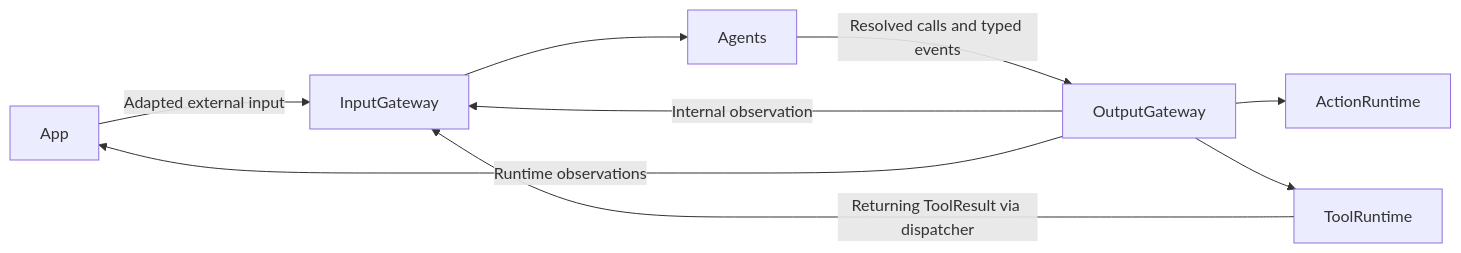
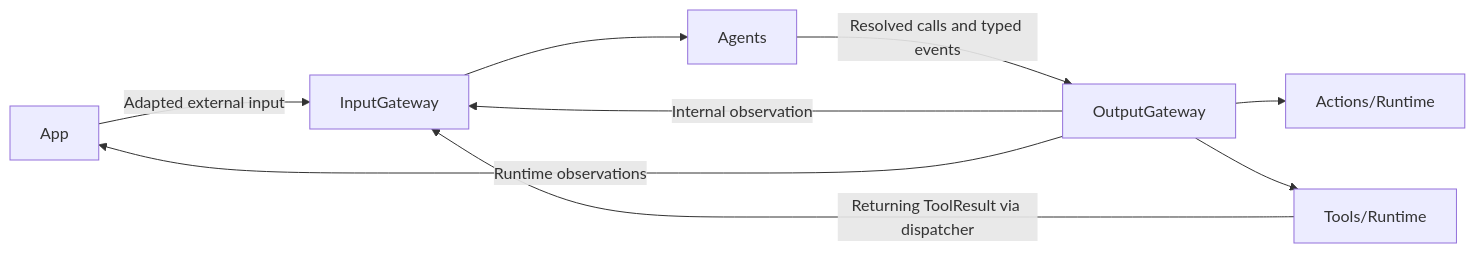
The first of 2 diagrams in MobileHarness/Gateway/README.md (devilyouwei/MobileHarness), drawn with Mermaid before and after one commit. The commit also changed other lines of this file and 132 other files, not shown here.

````diff
--- a/MobileHarness/Gateway/README.md
+++ b/MobileHarness/Gateway/README.md
@@ -24,11 +24,11 @@
 ```mermaid
 flowchart LR
     App -->|Adapted external input| Input[InputGateway]
     Input --> Agents
     Agents -->|Resolved calls and typed events| Output[OutputGateway]
     Output -->|Internal observation| Input
-    Output --> ActionRuntime
-    Output --> ToolRuntime
-    ToolRuntime -->|Returning ToolResult via dispatcher| Input
+    Output --> ActionExecution[Actions/Runtime]
+    Output --> ToolExecution[Tools/Runtime]
+    ToolExecution -->|Returning ToolResult via dispatcher| Input
     Output -->|Runtime observations| App
 ```
````
